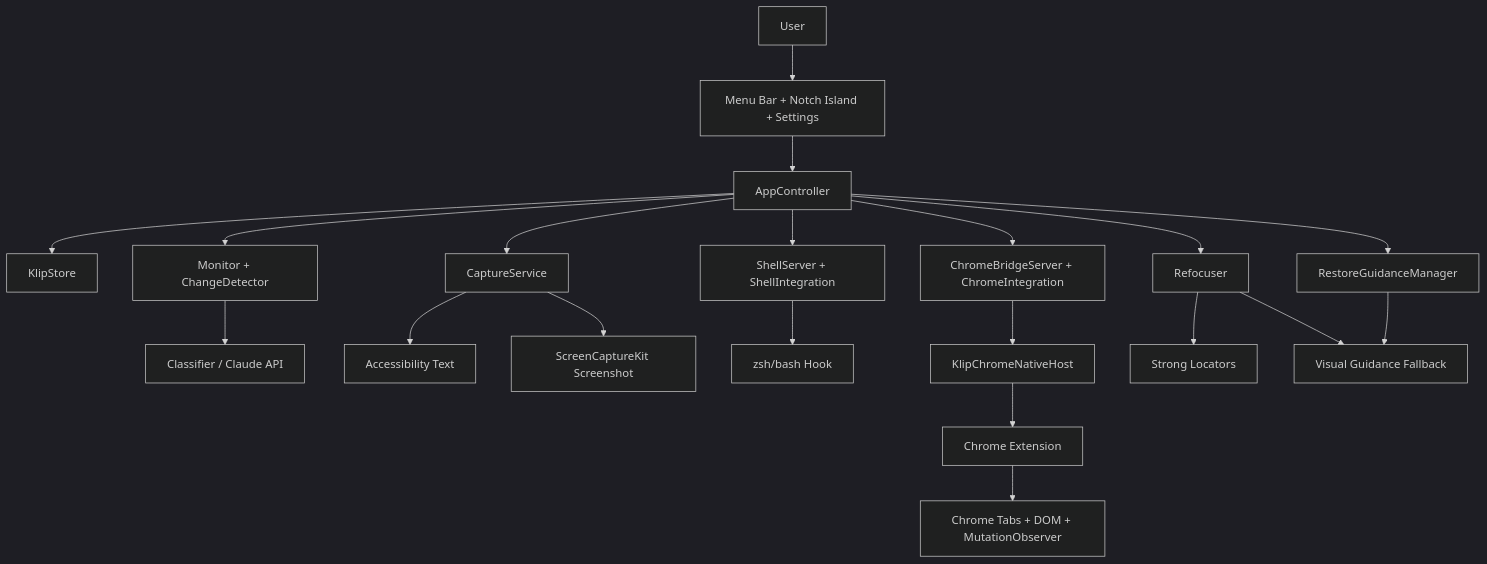
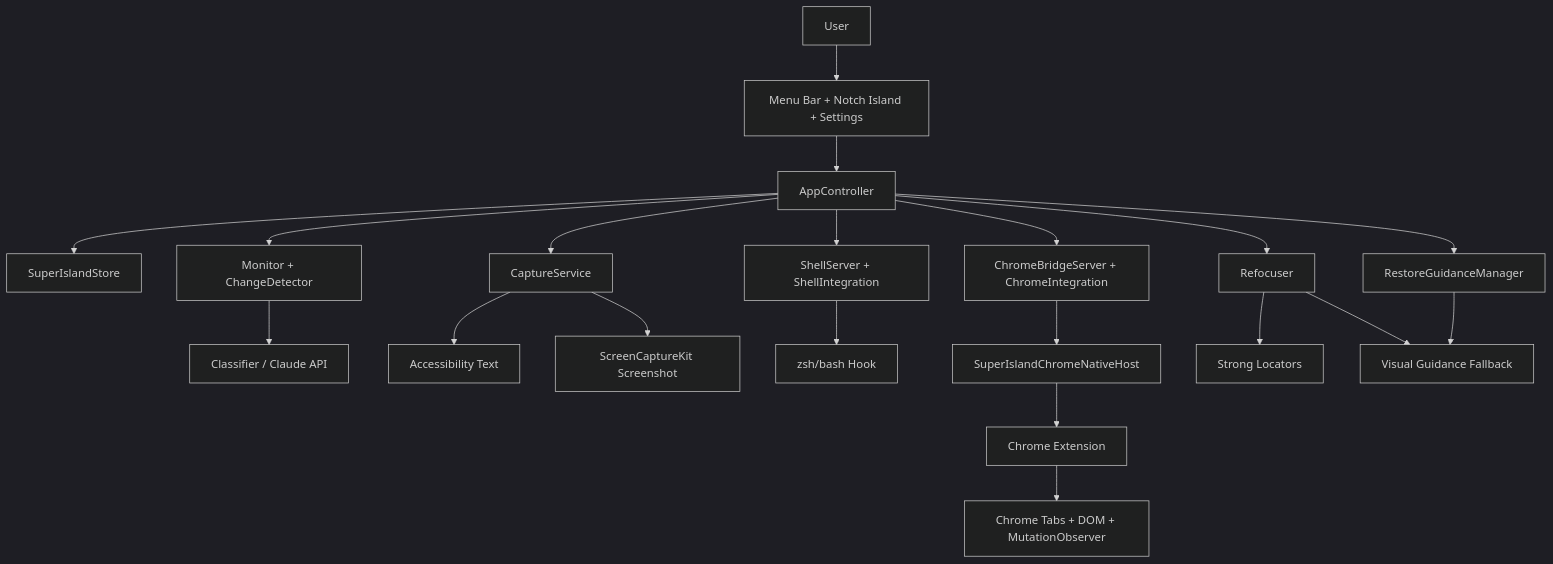
Before and after one commit to akkhil7/superisland: the diagram in docs/architecture-2026-06-10-014807.md, drawn with Mermaid (dark theme). The commit also changed other lines of this file and 153 other files, not shown here.

First line of the commit message:
restructure: rename Klip to SuperIsland across sources, scripts, and configs

````diff
--- a/docs/architecture-2026-06-10-014807.md
+++ b/docs/architecture-2026-06-10-014807.md
@@ -21,25 +21,25 @@
 ```mermaid
 flowchart TD
     User["User"] --> UI["Menu Bar + Notch Island + Settings"]
     UI --> AppController["AppController"]
-    AppController --> Store["KlipStore"]
+    AppController --> Store["SuperIslandStore"]
     AppController --> Capture["CaptureService"]
     AppController --> Monitor["Monitor + ChangeDetector"]
     AppController --> Refocuser["Refocuser"]
     AppController --> Shell["ShellServer + ShellIntegration"]
     AppController --> Chrome["ChromeBridgeServer + ChromeIntegration"]
     AppController --> Restore["RestoreGuidanceManager"]
 
     Monitor --> Classifier["Classifier / Claude API"]
     Capture --> AX["Accessibility Text"]
     Capture --> Screenshot["ScreenCaptureKit Screenshot"]
 
     Shell --> ShellHook["zsh/bash Hook"]
-    Chrome --> NativeHost["KlipChromeNativeHost"]
+    Chrome --> NativeHost["SuperIslandChromeNativeHost"]
     NativeHost --> Extension["Chrome Extension"]
     Extension --> Tabs["Chrome Tabs + DOM + MutationObserver"]
 
     Refocuser --> Strong["Strong Locators"]
     Refocuser --> Visual["Visual Guidance Fallback"]
     Restore --> Visual
 ```
````
